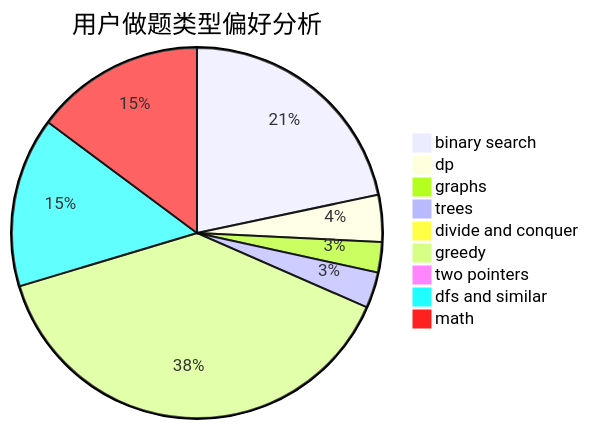
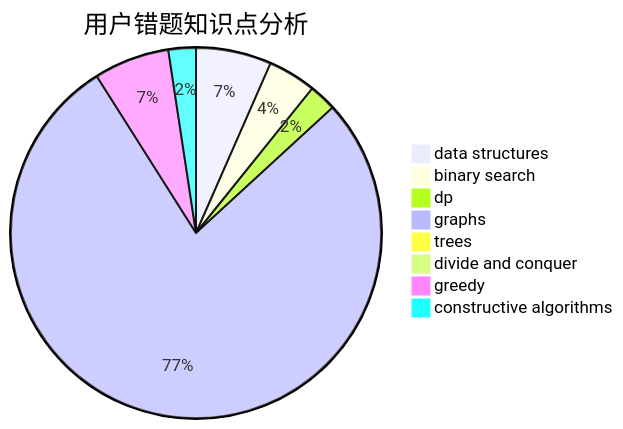
Before and after one commit to sherpahu/cfrs.github.io: the third of 3 diagrams in docs/user/u1228.md, drawn with Mermaid. The commit also changed other lines of this file and 2775 other files, not shown here.

````diff
--- a/docs/user/u1228.md
+++ b/docs/user/u1228.md
@@ -23,12 +36,11 @@
 ```mermaid
-pie title 用户做题类型偏好分析
-    "binary search" :  180
-    "dp" :  34
-    "graphs" :  22
-    "trees" :  26
-    "divide and conquer" :  1
-    "greedy" :  322
-    "two pointers" :  7
-    "dfs and similar" :  123
-    "math" :  123
+pie title 用户错题知识点分析
+    "data structures" :  11
+    "binary search" :  7
+    "dp" :  4
+    "graphs" :  130
+    "trees" :  1
+    "divide and conquer" :  0
+    "greedy" :  11
+    "constructive algorithms" :  4
 ```
````
